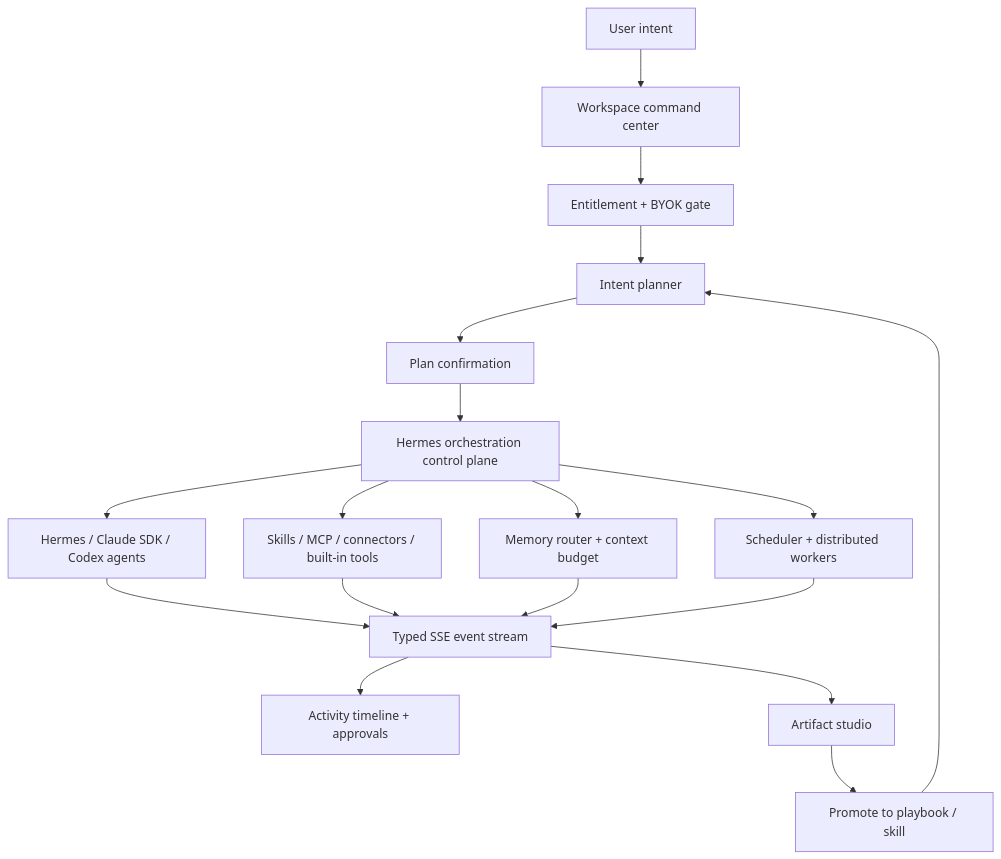
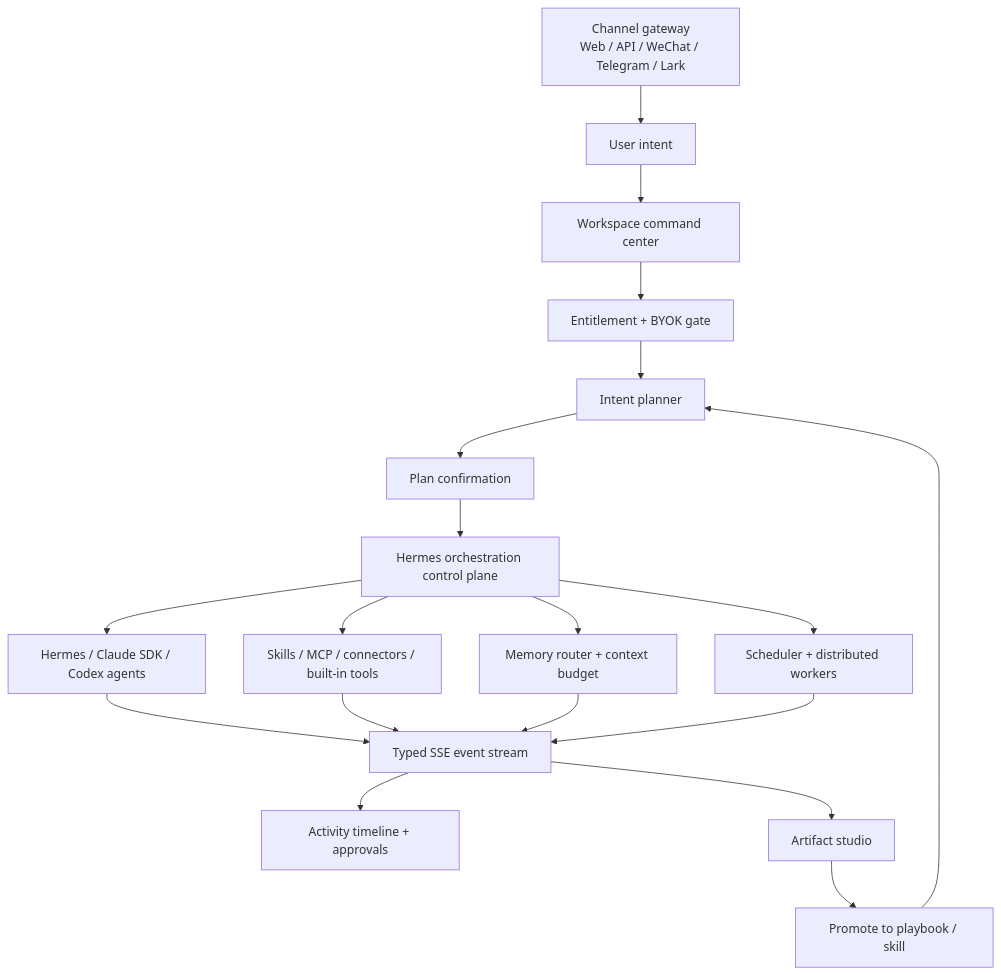
The diagram in docs/architecture/product-refactor-plan.md (PolyglotAndrea/cognix), drawn with Mermaid before and after one commit. The commit also changed other lines of this file and 6 other files, not shown here.

````diff
--- a/docs/architecture/product-refactor-plan.md
+++ b/docs/architecture/product-refactor-plan.md
@@ -37,20 +37,21 @@
 ```mermaid
 flowchart TD
-    U["User intent"] --> WC["Workspace command center"]
+    CH["Channel gateway<br/>Web / API / WeChat / Telegram / Lark"] --> U["User intent"]
+    U --> WC["Workspace command center"]
     WC --> GATE["Entitlement + BYOK gate"]
     GATE --> PLAN["Intent planner"]
     PLAN --> CONFIRM["Plan confirmation"]
     CONFIRM --> ORCH["Hermes orchestration control plane"]
     ORCH --> AGENTS["Hermes / Claude SDK / Codex agents"]
     ORCH --> TOOLS["Skills / MCP / connectors / built-in tools"]
     ORCH --> MEM["Memory router + context budget"]
     ORCH --> SCHED["Scheduler + distributed workers"]
     AGENTS --> EVENTS["Typed SSE event stream"]
     TOOLS --> EVENTS
     MEM --> EVENTS
     SCHED --> EVENTS
     EVENTS --> UI["Activity timeline + approvals"]
     EVENTS --> ART["Artifact studio"]
     ART --> PLAYBOOK["Promote to playbook / skill"]
     PLAYBOOK --> PLAN
 ```
````
